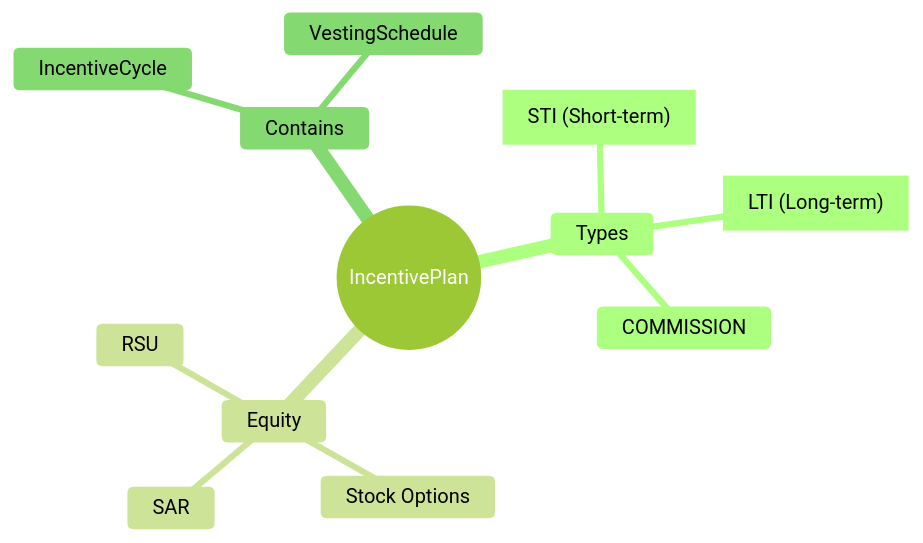
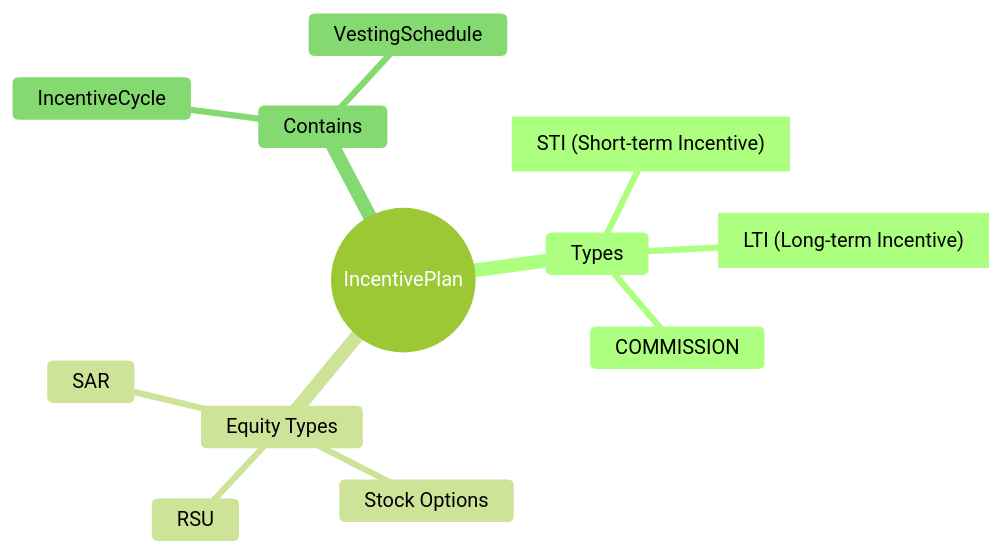
Before and after one commit to a4b-corporation/xTalent: the first of 4 diagrams in docs/01-modules/TR/00-ontology/domain/incentive/incentive-plan.onto.md, drawn with Mermaid (forest theme). The commit also changed other lines of this file and 14 other files, not shown here.

````diff
--- a/docs/01-modules/TR/00-ontology/domain/incentive/incentive-plan.onto.md
+++ b/docs/01-modules/TR/00-ontology/domain/incentive/incentive-plan.onto.md
@@ -120,15 +139,15 @@
 ```mermaid
 mindmap
   root((IncentivePlan))
     Types
-      STI["STI (Short-term)"]
-      LTI["LTI (Long-term)"]
+      STI["STI (Short-term Incentive)"]
+      LTI["LTI (Long-term Incentive)"]
       COMMISSION
-    Equity
+    Equity Types
       RSU
       Stock Options
       SAR
     Contains
       IncentiveCycle
       VestingSchedule
 ```
````
